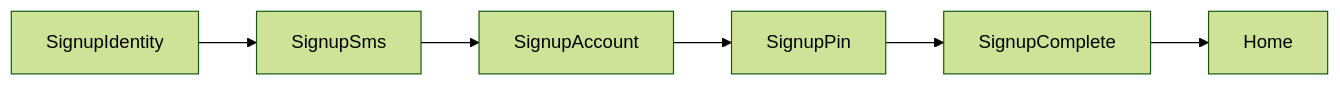
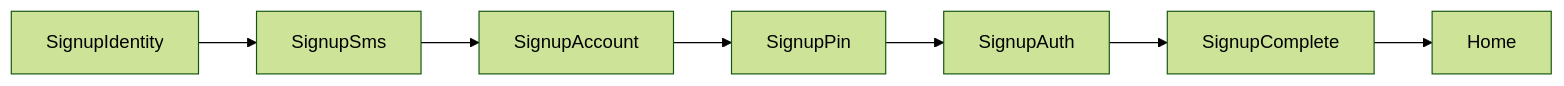
The diagram in docs/domains/auth.md (mslee98/seed-nt), drawn with Mermaid (forest theme) before and after one commit. The commit also changed other lines of this file and 39 other files, not shown here.

First line of the commit message:
feat(auth): SignupAuth·로그인·패스키·복구 P0/P1 도입

````diff
--- a/docs/domains/auth.md
+++ b/docs/domains/auth.md
@@ -36,8 +75,9 @@
 ```mermaid
 flowchart LR
   SignupIdentity --> SignupSms
   SignupSms --> SignupAccount
   SignupAccount --> SignupPin
-  SignupPin --> SignupComplete
+  SignupPin --> SignupAuth
+  SignupAuth --> SignupComplete
   SignupComplete --> Home
 ```
````
